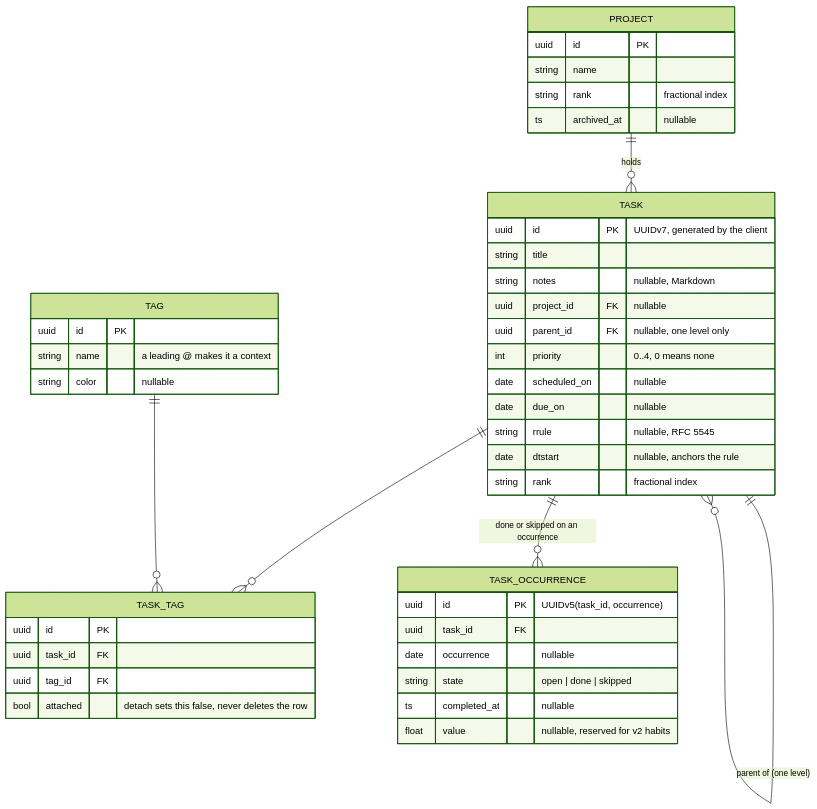
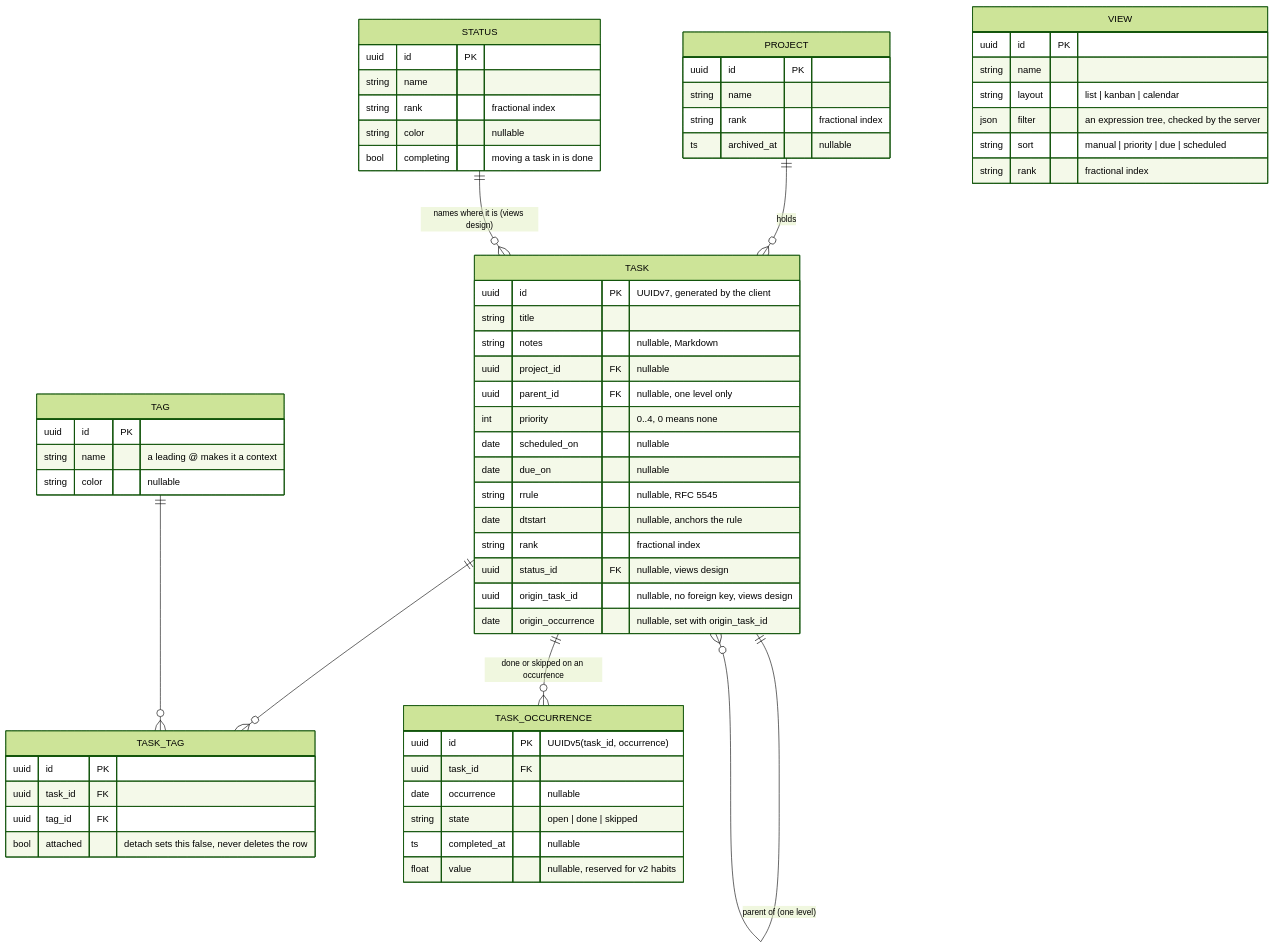
The diagram in docs/specs/2026-09-25-domain-and-sync-design.md (kkucherenkov/todoer), drawn with Mermaid (forest theme) before and after one commit. The commit also changed other lines of this file and 3 other files, not shown here.

First line of the commit message:
docs: describe the status and view tables

````diff
--- a/docs/specs/2026-09-25-domain-and-sync-design.md
+++ b/docs/specs/2026-09-25-domain-and-sync-design.md
@@ -61,51 +61,72 @@
 ```mermaid
 erDiagram
     PROJECT ||--o{ TASK : "holds"
     TASK    ||--o{ TASK : "parent of (one level)"
     TASK    ||--o{ TASK_TAG : ""
     TAG     ||--o{ TASK_TAG : ""
     TASK    ||--o{ TASK_OCCURRENCE : "done or skipped on an occurrence"
+    STATUS  ||--o{ TASK : "names where it is (views design)"
 
     TASK {
         uuid    id            PK "UUIDv7, generated by the client"
         string  title
         string  notes         "nullable, Markdown"
         uuid    project_id    FK "nullable"
         uuid    parent_id     FK "nullable, one level only"
         int     priority      "0..4, 0 means none"
         date    scheduled_on  "nullable"
         date    due_on        "nullable"
         string  rrule         "nullable, RFC 5545"
         date    dtstart       "nullable, anchors the rule"
         string  rank          "fractional index"
+        uuid    status_id     FK "nullable, views design"
+        uuid    origin_task_id "nullable, no foreign key, views design"
+        date    origin_occurrence "nullable, set with origin_task_id"
     }
 
     PROJECT {
         uuid    id            PK
         string  name
         string  rank          "fractional index"
         ts      archived_at   "nullable"
     }
 
     TAG {
         uuid    id            PK
         string  name          "a leading @ makes it a context"
         string  color         "nullable"
     }
 
     TASK_TAG {
         uuid    id            PK
         uuid    task_id       FK
         uuid    tag_id        FK
         bool    attached      "detach sets this false, never deletes the row"
     }
 
+    STATUS {
+        uuid    id            PK
+        string  name
+        string  rank          "fractional index"
+        string  color         "nullable"
+        bool    completing    "moving a task in is done"
+    }
+
+    VIEW {
+        uuid    id            PK
+        string  name
+        string  layout        "list | kanban | calendar"
+        json    filter        "an expression tree, checked by the server"
+        string  sort          "manual | priority | due | scheduled"
+        string  rank          "fractional index"
+    }
+
     TASK_OCCURRENCE {
         uuid    id            PK "UUIDv5(task_id, occurrence)"
         uuid    task_id       FK
         date    occurrence    "nullable"
         string  state         "open | done | skipped"
         ts      completed_at  "nullable"
         float   value         "nullable, reserved for v2 habits"
     }
 ```
````
